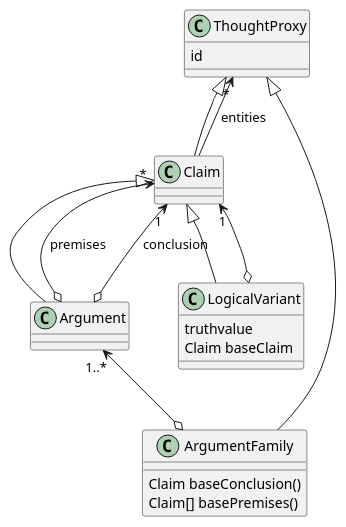
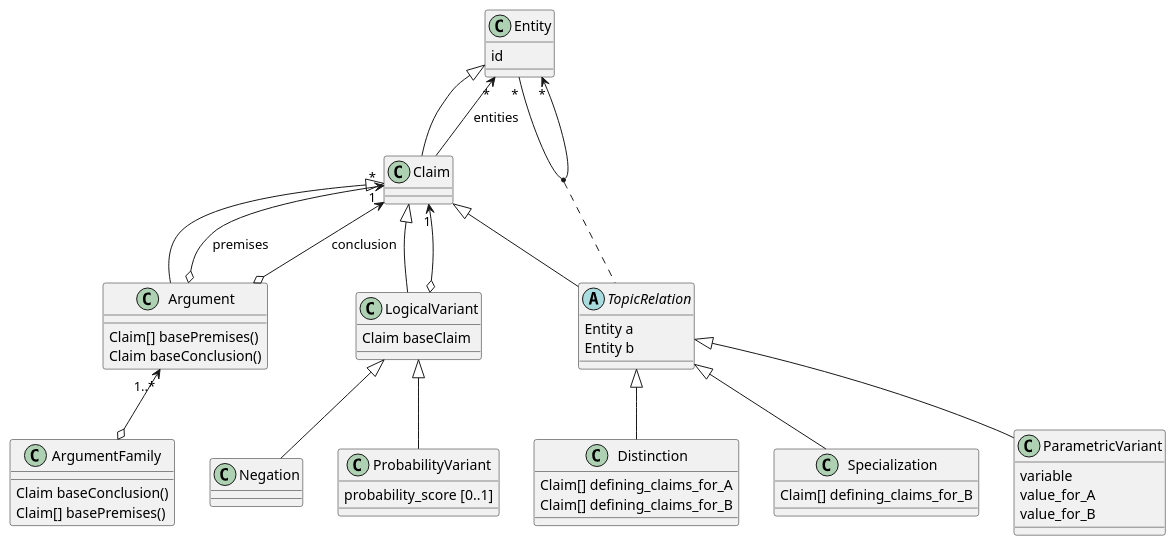
One commit to canonical-debate-lab/cd-domain-model changed the diagram in diagram/map_formalization.puml. Above: the diagram before and after it, drawn with PlantUML. The commit also changed 2 other files, not shown here.

```diff
--- a/diagram/map_formalization.puml
+++ b/diagram/map_formalization.puml
@@ -1,34 +1,93 @@
 @startuml
 
 
-class ThoughtProxy {
+class Entity {
   id
 }
 
-ThoughtProxy <|-- Claim
+Entity <|-- Claim
+
+Entity "*" <-- Claim : entities
 
 Claim <|-- Argument
 
-ThoughtProxy "*" <-- Claim : entities
+class Argument {
+  Claim[] basePremises()
+  ' the base claim of each premise
+  Claim baseConclusion()
+  ' the base claim of the conclusion
+}
+
 Argument o--> "*" Claim : premises
+' Premises are either Base Claim, or Negation thereof
 Argument o--> "1" Claim : conclusion
+' Conclusions can be Probability Variants as well
 
 Claim <|-- LogicalVariant
 Claim "1" <--o LogicalVariant
 
-'DeclarativeSentence .. Claim
+' TODO: ClaimFormula, i.e. a Claim with an unbound variable.
+' Important for defining_claims, parametricVariants...
 
 class LogicalVariant {
-  truthvalue
+  ' A variant of the base claim which is either the negation or some probability value (formal or not)
   Claim baseClaim
 }
+
+class Negation {
+}
+
+class ProbabilityVariant {
+  probability_score [0..1]
+}
+
+Entity "*" --> "*" Entity
+(Entity, Entity) . TopicRelation
+
+Claim <|-- TopicRelation
+
+abstract class TopicRelation  {
+  Entity a
+  Entity b
+}
+
+TopicRelation <|-- Distinction
+
+class Distinction {
+  ' mutually exclusive categories or different entities
+  Claim[] defining_claims_for_A
+  Claim[] defining_claims_for_B
+}
+
+TopicRelation <|-- Specialization
+
+class Specialization {
+  ' subclassOf, instanceOf
+  Claim[] defining_claims_for_B
+}
+
+TopicRelation <|-- ParametricVariant
+class ParametricVariant {
+  ' This variant only(?) applies to comparison between ParametricClaims, not Entities in general
+  ' TODO: those claims vary through some parameter (or entity?)
+  ' The distinction between entities and qualities, if any, must be developed
+  variable
+  value_for_A
+  value_for_B
+}
+
+LogicalVariant <|-- Negation
+LogicalVariant <|-- ProbabilityVariant
 
 class ArgumentFamily {
   Claim baseConclusion()
   Claim[] basePremises()
+  ' The basePremises and baseConclusion must be the same for each member of the family.
 }
 
 Argument "1..*" <--o ArgumentFamily
-ThoughtProxy <|-- ArgumentFamily
+' Entity <|-- ArgumentFamily
+
+
 
 @enduml
```
